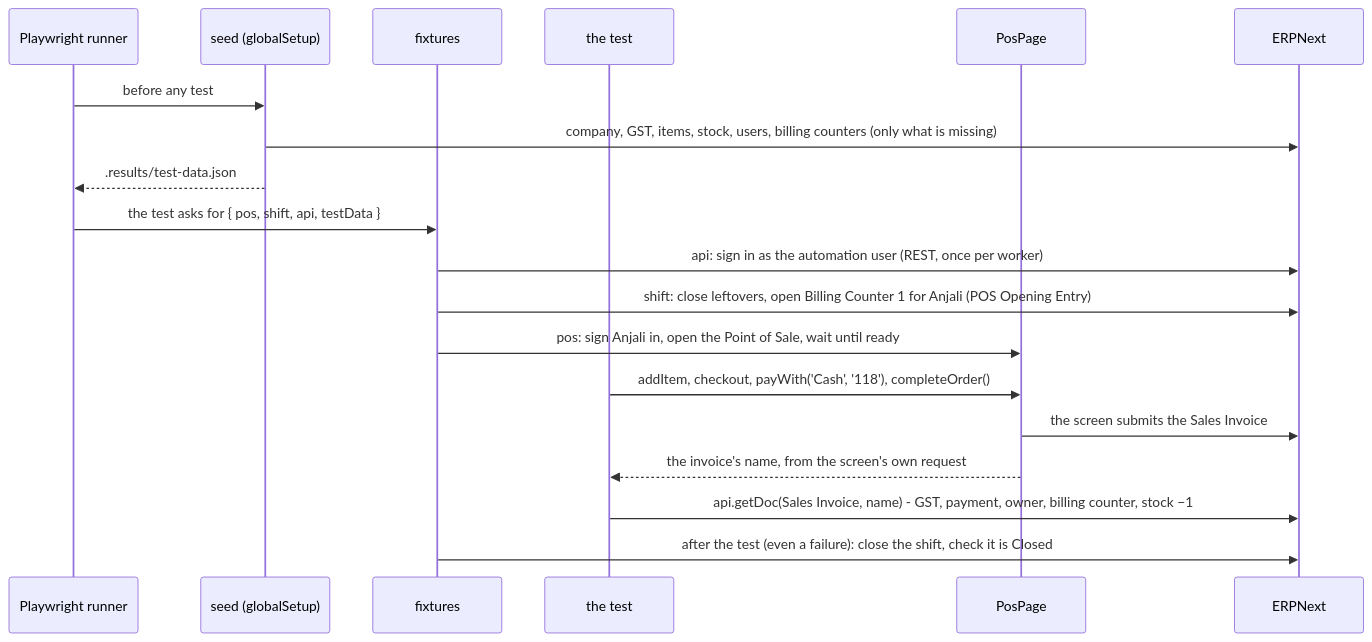
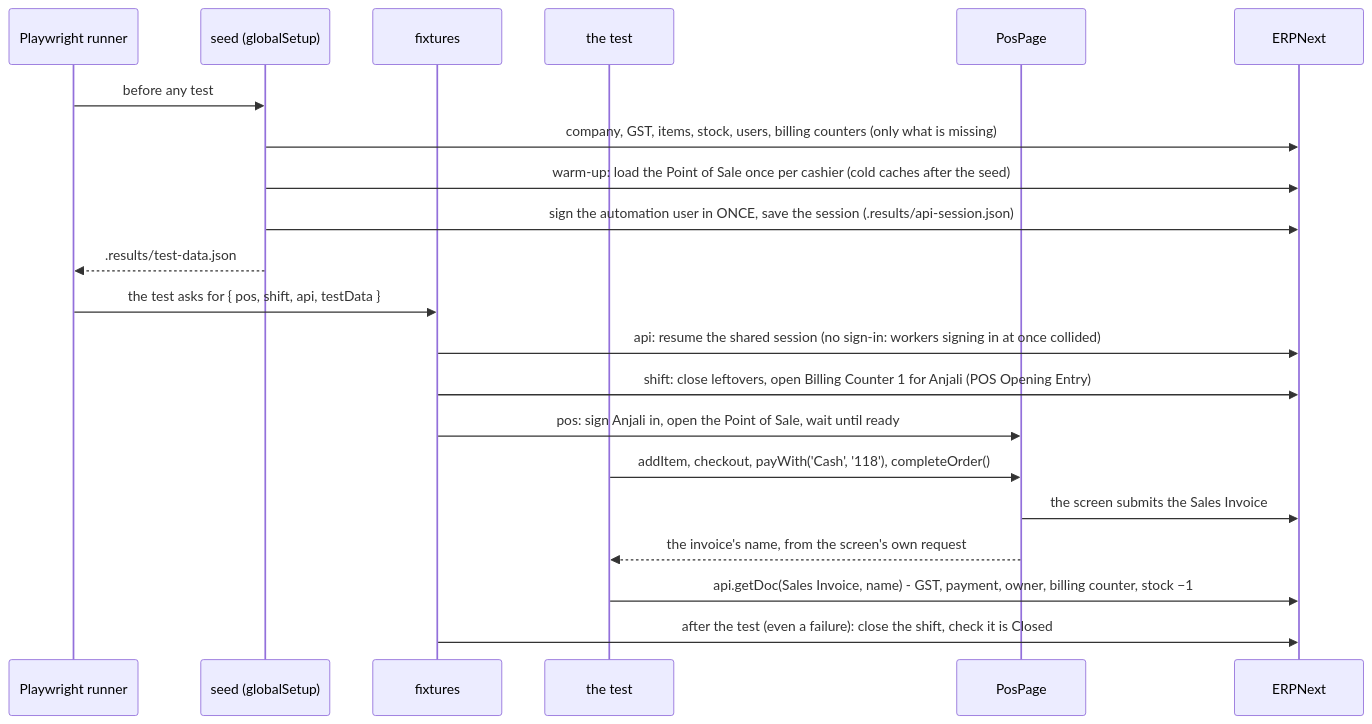
One commit to sudhansushekhar/erpnext-playwright-ai-test-automation changed the fourth of 5 diagrams in docs/framework.md. Above: the diagram before and after it, drawn with Mermaid. The commit also changed other lines of this file and 1 other file, not shown here.

First line of the commit message:
Docs: the shared API session, the warm-up, editor types, parallel runs

````diff
--- a/docs/framework.md
+++ b/docs/framework.md
@@ -181,22 +182,24 @@
 ```mermaid
 sequenceDiagram
   participant R as Playwright runner
   participant S as seed (globalSetup)
   participant F as fixtures
   participant T as the test
   participant P as PosPage
   participant E as ERPNext
 
   R->>S: before any test
   S->>E: company, GST, items, stock, users, billing counters (only what is missing)
+  S->>E: warm-up: load the Point of Sale once per cashier (cold caches after the seed)
+  S->>E: sign the automation user in ONCE, save the session (.results/api-session.json)
   S-->>R: .results/test-data.json
   R->>F: the test asks for { pos, shift, api, testData }
-  F->>E: api: sign in as the automation user (REST, once per worker)
+  F->>E: api: resume the shared session (no sign-in: workers signing in at once collided)
   F->>E: shift: close leftovers, open Billing Counter 1 for Anjali (POS Opening Entry)
   F->>P: pos: sign Anjali in, open the Point of Sale, wait until ready
   T->>P: addItem, checkout, payWith('Cash', '118'), completeOrder()
   P->>E: the screen submits the Sales Invoice
   P-->>T: the invoice's name, from the screen's own request
   T->>E: api.getDoc(Sales Invoice, name) - GST, payment, owner, billing counter, stock −1
   F->>E: after the test (even a failure): close the shift, check it is Closed
 ```
````
